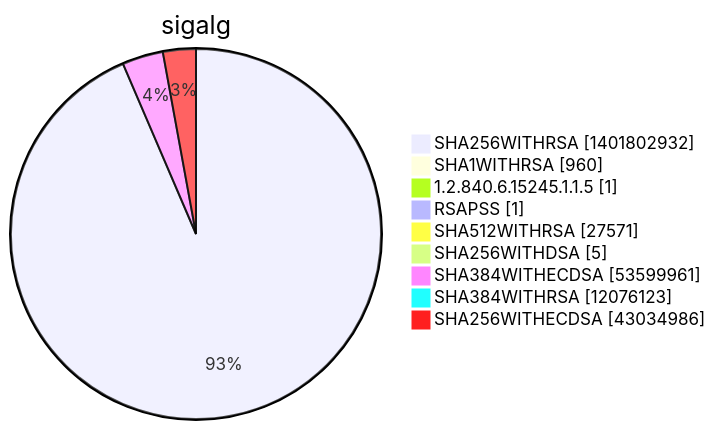
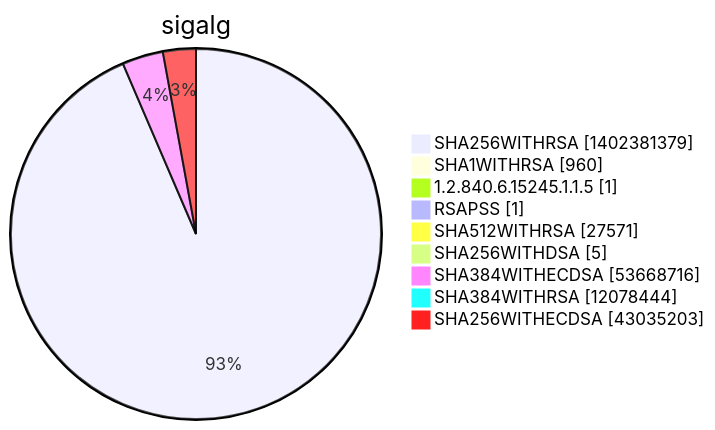
One commit to christiankrug/ctmonitor_visualization changed diagram 15 of 15 in argon2022/README.md. Above: the diagram before and after it, drawn with Mermaid. The commit also changed other lines of this file, not shown here.

````diff
--- a/argon2022/README.md
+++ b/argon2022/README.md
@@ -5524,13 +5524,13 @@
 ```mermaid
 pie showData
 title sigalg
-"SHA256WITHRSA" :1401802932
+"SHA256WITHRSA" :1402381379
 "SHA1WITHRSA" :960
 "1.2.840.6.15245.1.1.5" :1
 "RSAPSS" :1
 "SHA512WITHRSA" :27571
 "SHA256WITHDSA" :5
-"SHA384WITHECDSA" :53599961
-"SHA384WITHRSA" :12076123
-"SHA256WITHECDSA" :43034986
+"SHA384WITHECDSA" :53668716
+"SHA384WITHRSA" :12078444
+"SHA256WITHECDSA" :43035203
 ```
````
